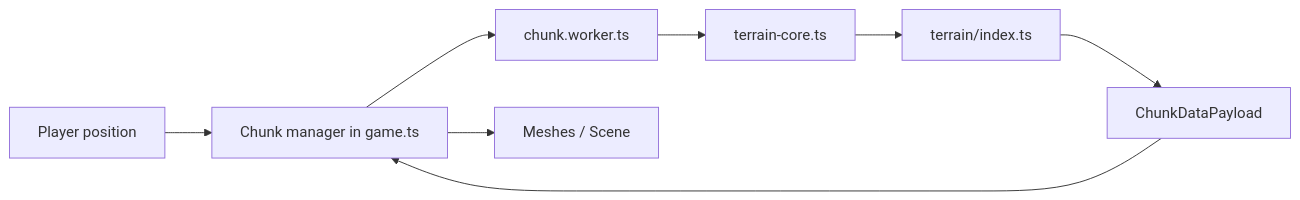
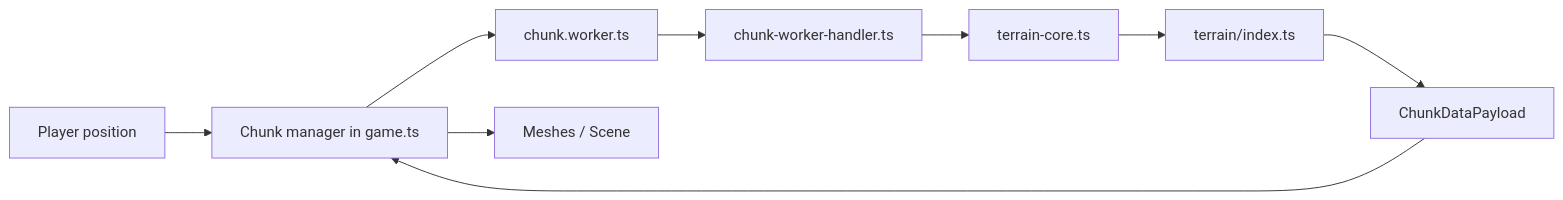
The diagram in docs/PROJECT_MAP.md (ilijanovic/voxely), drawn with Mermaid before and after one commit. The commit also changed other lines of this file and 43 other files, not shown here.

First line of the commit message:
feat(terrain): add cave carving, structures, terrain features and extract chunk subsystems

````diff
--- a/docs/PROJECT_MAP.md
+++ b/docs/PROJECT_MAP.md
@@ -25,17 +27,19 @@
 ```mermaid
 flowchart LR
   Player[Player position]
   ChunkMgr[Chunk manager in game.ts]
   Worker[chunk.worker.ts]
+  Handler[chunk-worker-handler.ts]
   TerrainCore[terrain-core.ts]
   Terrain[terrain/index.ts]
   Payload[ChunkDataPayload]
   Meshes[Meshes / Scene]
   Player --> ChunkMgr
   ChunkMgr --> Worker
-  Worker --> TerrainCore
+  Worker --> Handler
+  Handler --> TerrainCore
   TerrainCore --> Terrain
   Terrain --> Payload
   Payload --> ChunkMgr
   ChunkMgr --> Meshes
 ```
````
